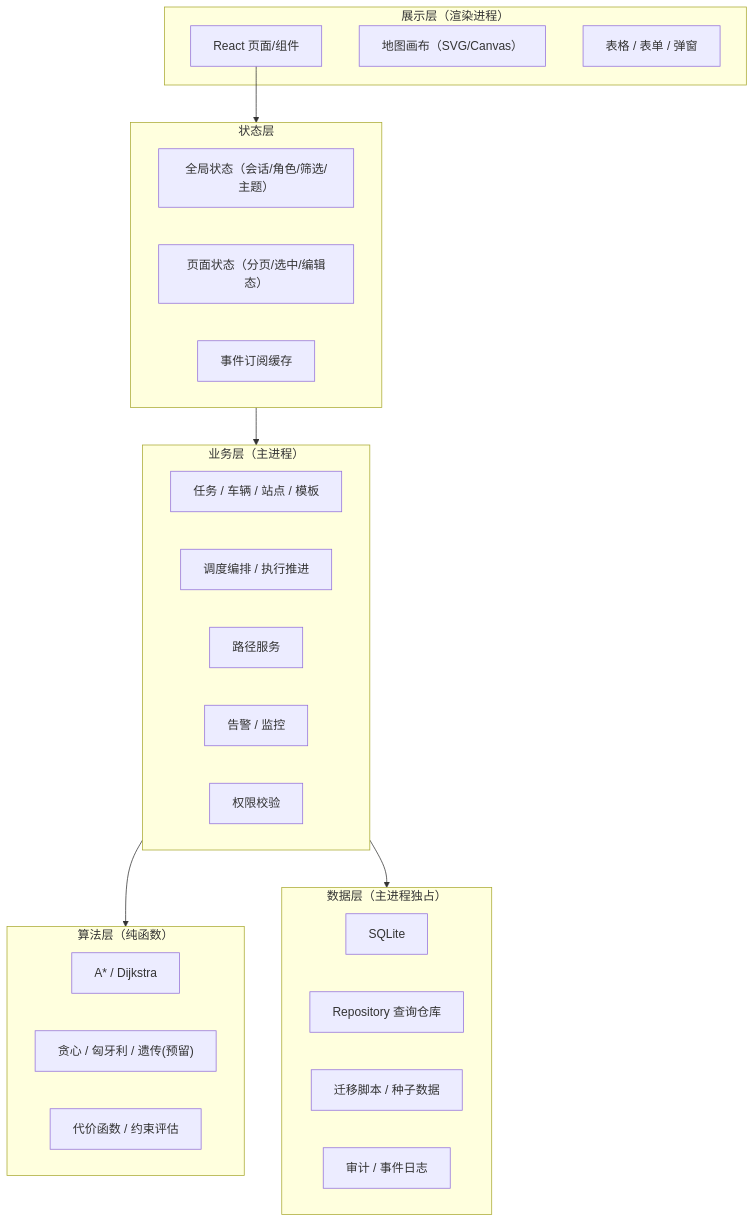
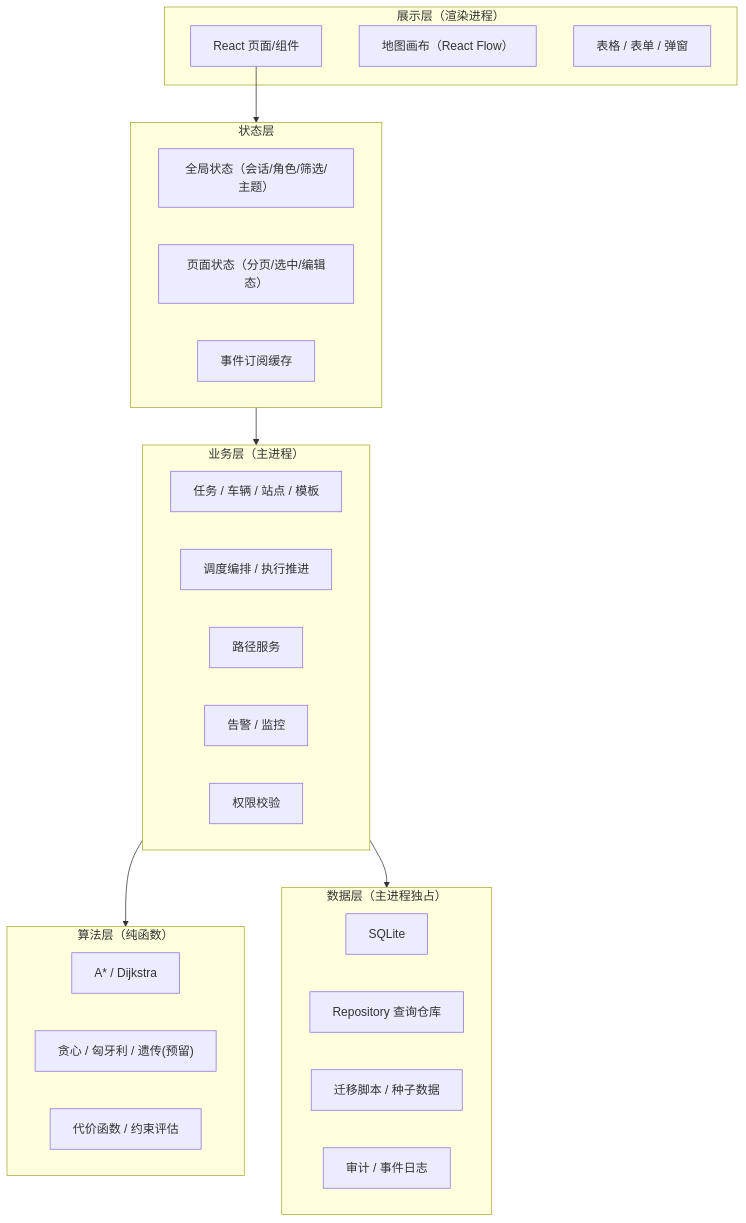
Before and after one commit to sunstflower/831: the first of 3 diagrams in design.md, drawn with Mermaid. The commit also changed other lines of this file and 7 other files, not shown here.

````diff
--- a/design.md
+++ b/design.md
@@ -61,35 +61,35 @@
 ```mermaid
 flowchart TB
   subgraph UI["展示层（渲染进程）"]
     P1["React 页面/组件"]
-    P2["地图画布（SVG/Canvas）"]
+    P2["地图画布（React Flow）"]
     P3["表格 / 表单 / 弹窗"]
   end
   subgraph ST["状态层"]
     S1["全局状态（会话/角色/筛选/主题）"]
     S2["页面状态（分页/选中/编辑态）"]
     S3["事件订阅缓存"]
   end
   subgraph BIZ["业务层（主进程）"]
     B1["任务 / 车辆 / 站点 / 模板"]
     B2["调度编排 / 执行推进"]
     B3["路径服务"]
     B4["告警 / 监控"]
     B5["权限校验"]
   end
   subgraph ALG["算法层（纯函数）"]
     A1["A* / Dijkstra"]
     A2["贪心 / 匈牙利 / 遗传(预留)"]
     A3["代价函数 / 约束评估"]
   end
   subgraph DATA["数据层（主进程独占）"]
     D1["SQLite"]
     D2["Repository 查询仓库"]
     D3["迁移脚本 / 种子数据"]
     D4["审计 / 事件日志"]
   end
   P1 --> ST
   ST --> BIZ
   BIZ --> ALG
   BIZ --> DATA
 ```
````
